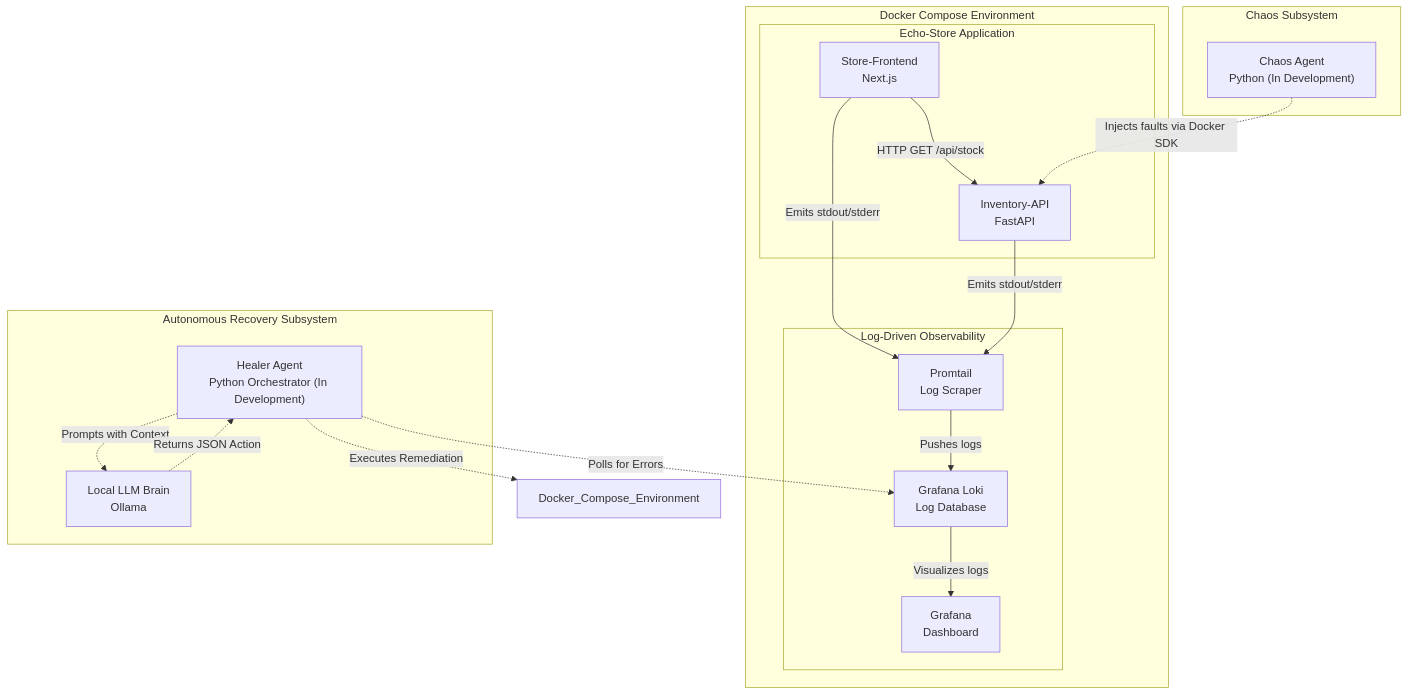
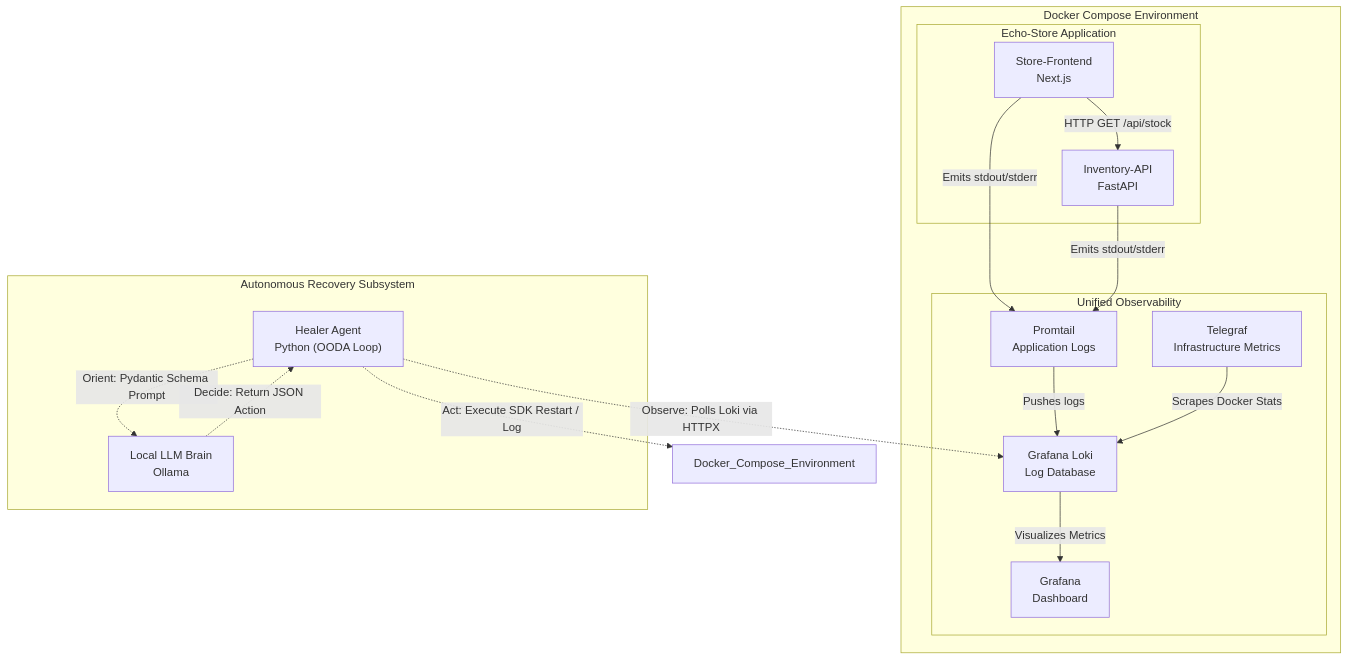
Before and after one commit to sedna08/chaos-and-recovery-agent: the diagram in README.md, drawn with Mermaid. The commit also changed other lines of this file, not shown here.

````diff
--- a/README.md
+++ b/README.md
@@ -34,36 +29,34 @@
 ```mermaid
 graph TB
     subgraph Docker Compose Environment
         subgraph Echo-Store Application
             Front["Store-Frontend\nNext.js"]
             Back["Inventory-API\nFastAPI"]
             Front -->|HTTP GET /api/stock| Back
         end
 
-        subgraph Log-Driven Observability
+        subgraph Unified Observability
             Loki["Grafana Loki\nLog Database"]
-            Promtail["Promtail\nLog Scraper"]
+            Promtail["Promtail\nApplication Logs"]
+            Telegraf["Telegraf\nInfrastructure Metrics"]
             Graf["Grafana\nDashboard"]
         end
     end
 
-    subgraph Chaos Subsystem
-        CA["Chaos Agent\nPython (In Development)"]
-    end
-
     subgraph Autonomous Recovery Subsystem
-        HA["Healer Agent\nPython Orchestrator (In Development)"]
+        HA["Healer Agent\nPython (OODA Loop)"]
         LLM["Local LLM Brain\nOllama"]
     end
 
-    CA -.->|Injects faults via Docker SDK| Back
     Front -->|Emits stdout/stderr| Promtail
     Back -->|Emits stdout/stderr| Promtail
     Promtail -->|Pushes logs| Loki
-    Loki -->|Visualizes logs| Graf
 
-    HA -.->|Polls for Errors| Loki
-    HA -.->|Prompts with Context| LLM
-    LLM -.->|Returns JSON Action| HA
-    HA -.->|Executes Remediation| Docker_Compose_Environment
+    Telegraf -->|Scrapes Docker Stats| Loki
+    Loki -->|Visualizes Metrics| Graf
+
+    HA -.->|Observe: Polls Loki via HTTPX| Loki
+    HA -.->|Orient: Pydantic Schema Prompt| LLM
+    LLM -.->|Decide: Return JSON Action| HA
+    HA -.->|Act: Execute SDK Restart / Log| Docker_Compose_Environment
 ```
````
